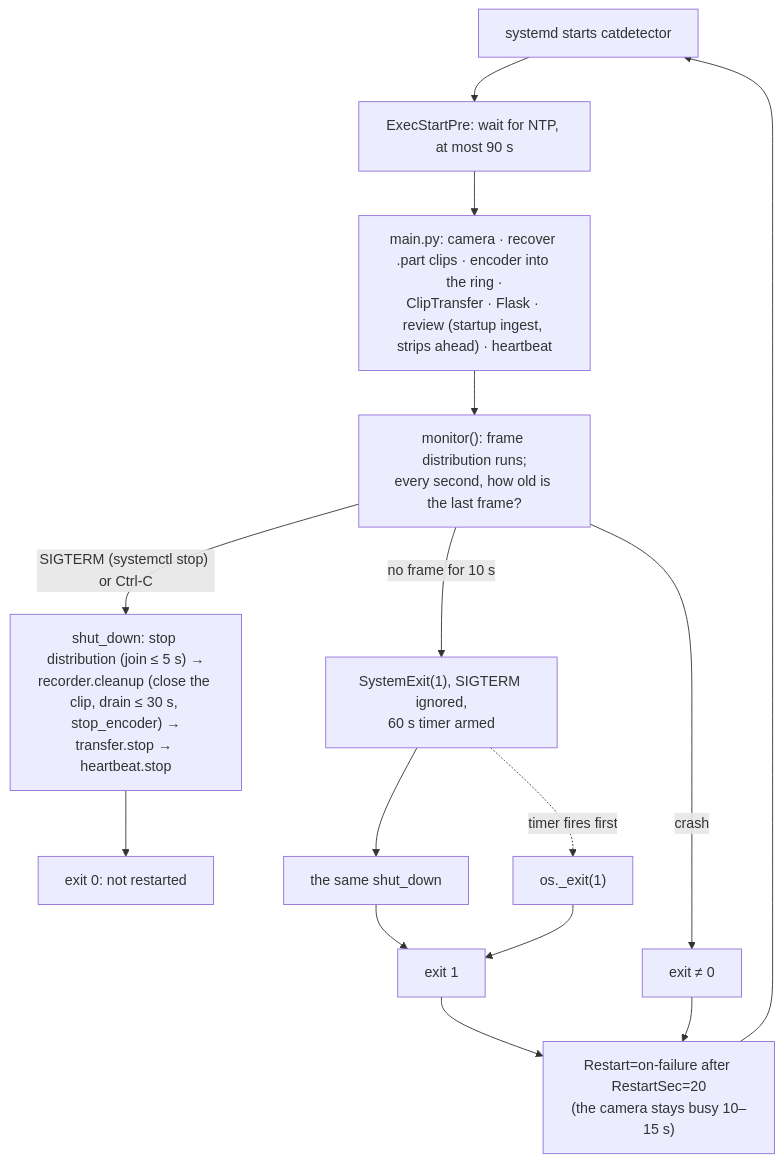
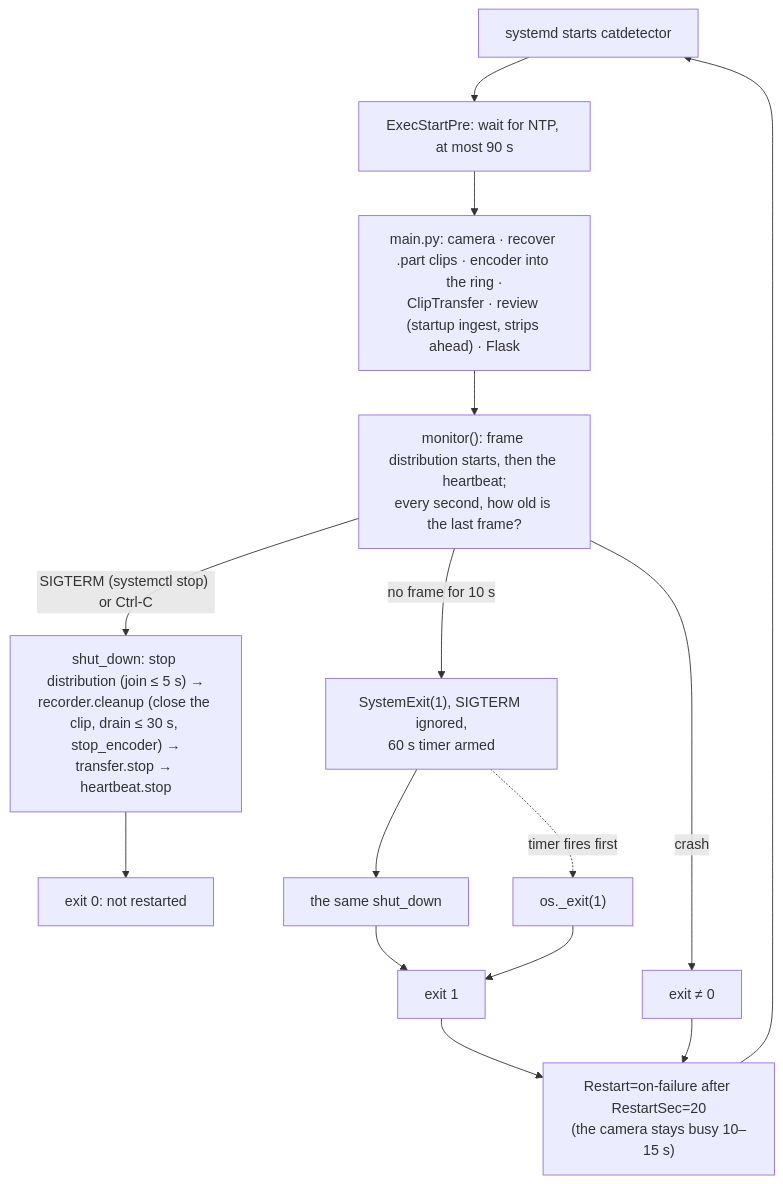
One commit to Thinmindt/CatDetector changed the fourth of 6 diagrams in docs/DESIGN.md. Above: the diagram before and after it, drawn with Mermaid. The commit also changed other lines of this file and 9 other files, not shown here.

````diff
--- a/docs/DESIGN.md
+++ b/docs/DESIGN.md
@@ -218,16 +223,16 @@
 ```mermaid
 flowchart TB
   systemd["systemd starts catdetector"] --> ntp["ExecStartPre: wait for NTP, at most 90 s"]
-  ntp --> start["main.py: camera · recover .part clips · encoder into the ring ·<br>ClipTransfer · Flask · review (startup ingest, strips ahead) · heartbeat"]
-  start --> mon["monitor(): frame distribution runs;<br>every second, how old is the last frame?"]
+  ntp --> start["main.py: camera · recover .part clips · encoder into the ring ·<br>ClipTransfer · review (startup ingest, strips ahead) · Flask"]
+  start --> mon["monitor(): frame distribution starts, then the heartbeat;<br>every second, how old is the last frame?"]
   mon -- "SIGTERM (systemctl stop) or Ctrl-C" --> down["shut_down: stop distribution (join ≤ 5 s) →<br>recorder.cleanup (close the clip, drain ≤ 30 s, stop_encoder) →<br>transfer.stop → heartbeat.stop"]
   down --> exit0["exit 0: not restarted"]
   mon -- "no frame for 10 s" --> stall["SystemExit(1), SIGTERM ignored,<br>60 s timer armed"]
   stall --> down2["the same shut_down"]
   down2 --> exit1["exit 1"]
   stall -. "timer fires first" .-> force["os._exit(1)"]
   force --> exit1
   mon -- "crash" --> exitn["exit ≠ 0"]
   exit1 & exitn --> restart["Restart=on-failure after RestartSec=20<br>(the camera stays busy 10–15 s)"]
   restart --> systemd
 ```
````
